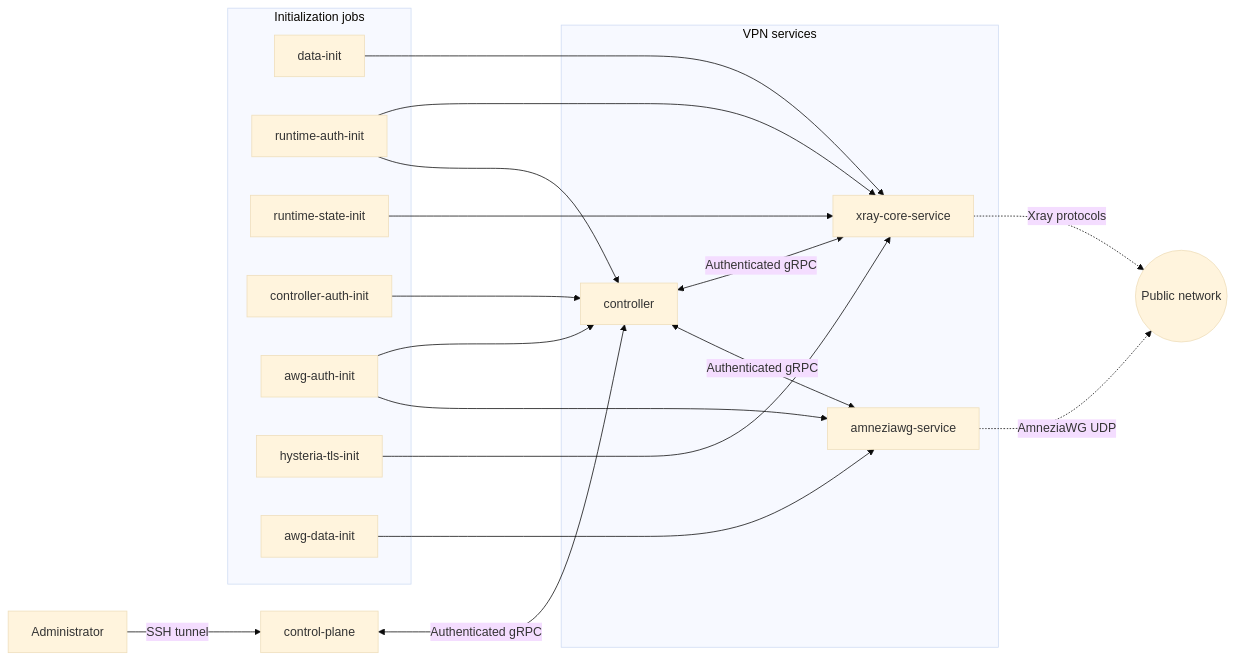
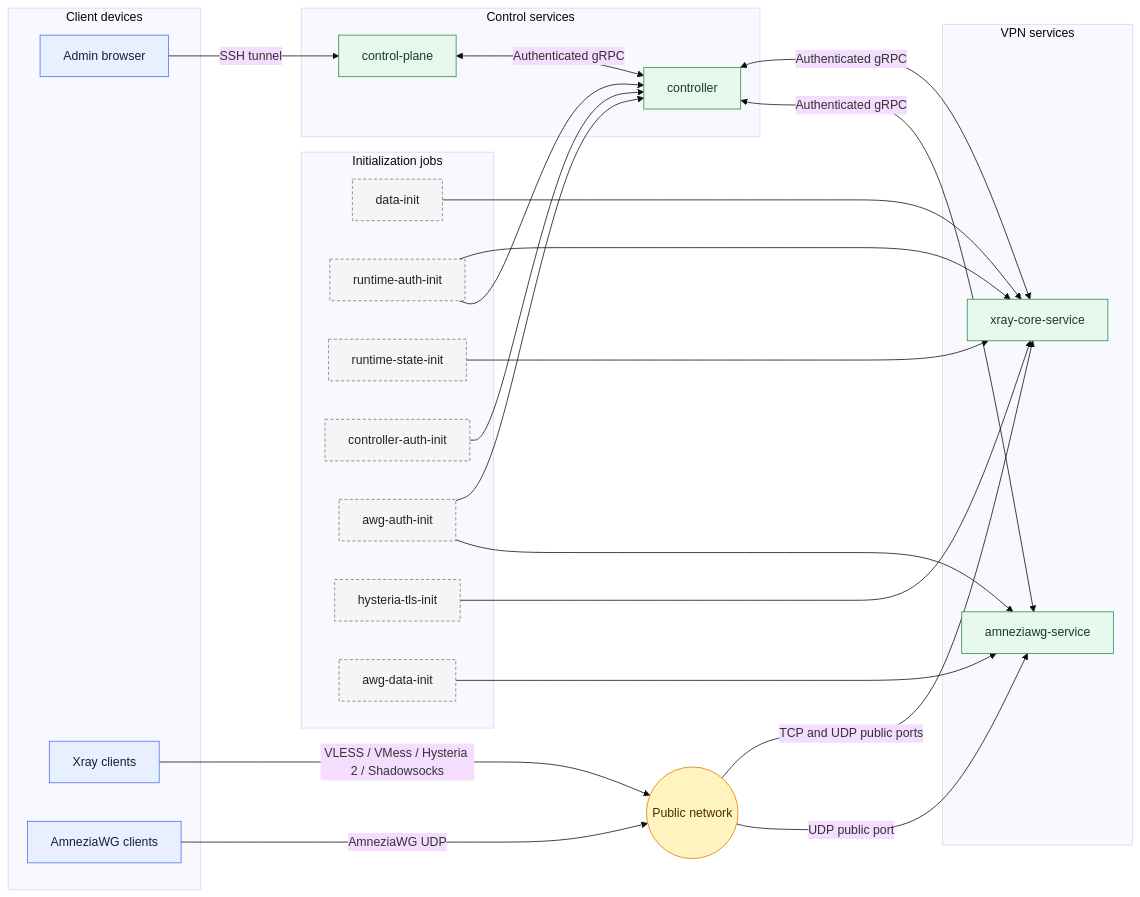
One commit to dasshit/xray-easy changed the diagram in docs/readme/pt-BR/README.md. Above: the diagram before and after it, drawn with Mermaid (base theme). The commit also changed other lines of this file and 11 other files, not shown here.

Commit message:
docs: improve Docker architecture diagram

````diff
--- a/docs/readme/pt-BR/README.md
+++ b/docs/readme/pt-BR/README.md
@@ -105,37 +106,59 @@
 ```mermaid
 graph LR
-    admin[Administrator] -->|SSH tunnel| ui[control-plane]
+    subgraph clients [Client devices]
+        admin[Admin browser]
+        xrayClients[Xray clients]
+        awgClients[AmneziaWG clients]
+    end
 
     subgraph bootstrap [Initialization jobs]
         dataInit[data-init]
         runtimeAuth[runtime-auth-init]
         runtimeState[runtime-state-init]
         controllerAuth[controller-auth-init]
         awgAuth[awg-auth-init]
         tlsInit[hysteria-tls-init]
         awgData[awg-data-init]
     end
 
+    subgraph platform [Control services]
+        ui[control-plane]
+        controller[controller]
+    end
+
     subgraph vpn [VPN services]
         xray[xray-core-service]
-        controller[controller]
         awg[amneziawg-service]
     end
 
+    internet((Public network))
+
+    admin -->|SSH tunnel| ui
     ui <-->|Authenticated gRPC| controller
     controller <-->|Authenticated gRPC| xray
     controller <-->|Authenticated gRPC| awg
 
     dataInit --> xray
     runtimeAuth --> xray
     runtimeState --> xray
     tlsInit --> xray
     controllerAuth --> controller
     runtimeAuth --> controller
     awgAuth --> controller
     awgData --> awg
     awgAuth --> awg
 
-    xray -.->|Xray protocols| internet((Public network))
-    awg -.->|AmneziaWG UDP| internet
+    xrayClients -->|VLESS / VMess / Hysteria 2 / Shadowsocks| internet
+    awgClients -->|AmneziaWG UDP| internet
+    internet -->|TCP and UDP public ports| xray
+    internet -->|UDP public port| awg
+
+    classDef client fill:#e8f0ff,stroke:#4c6ef5,color:#172033,stroke-width:1px;
+    classDef service fill:#e7f8ef,stroke:#2b8a3e,color:#183c23,stroke-width:1px;
+    classDef bootstrap fill:#f5f5f5,stroke:#777,color:#222,stroke-dasharray:4 3;
+    classDef network fill:#fff3bf,stroke:#e67700,color:#4d2d00,stroke-width:1px;
+    class admin,xrayClients,awgClients client;
+    class ui,controller,xray,awg service;
+    class dataInit,runtimeAuth,runtimeState,controllerAuth,awgAuth,tlsInit,awgData bootstrap;
+    class internet network;
 ```
````
